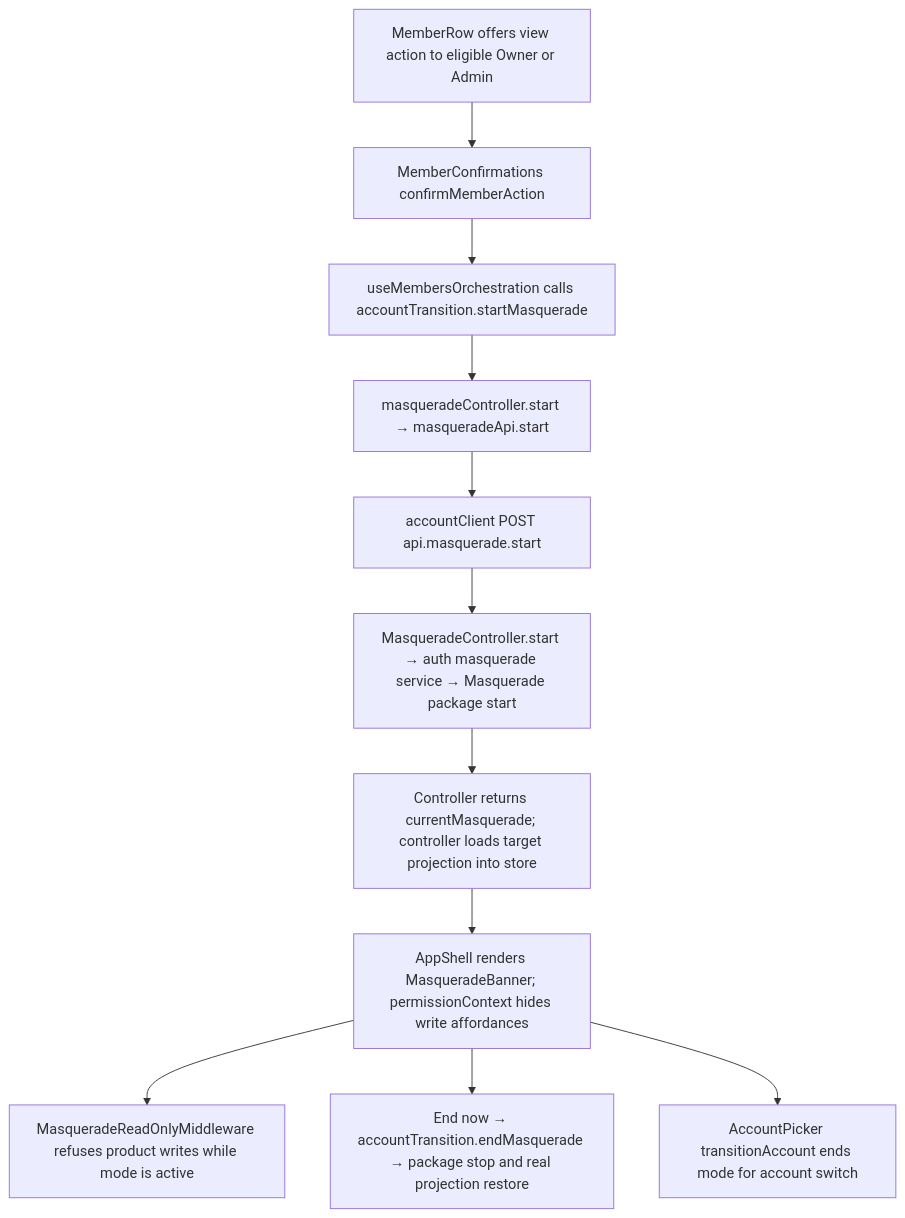
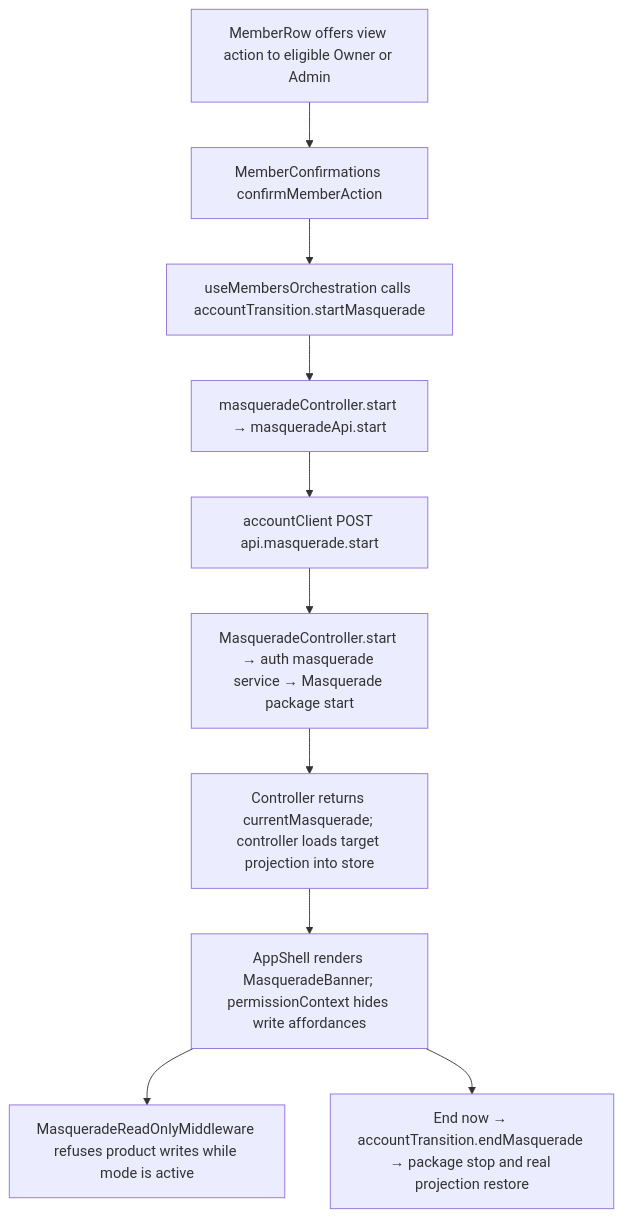
One commit to Kevinjohn/capacitylens changed the second of 2 diagrams in user-stories/team/US-TEAM-08-view-as-member.md. Above: the diagram before and after it, drawn with Mermaid. The commit also changed other lines of this file and 343 other files, not shown here.

````diff
--- a/user-stories/team/US-TEAM-08-view-as-member.md
+++ b/user-stories/team/US-TEAM-08-view-as-member.md
@@ -32,13 +32,12 @@
 ```mermaid
 flowchart TD
     Row["MemberRow offers view action to eligible Owner or Admin"] --> Confirm["MemberConfirmations confirmMemberAction"]
     Confirm --> Start["useMembersOrchestration calls accountTransition.startMasquerade"]
     Start --> Controller["masqueradeController.start → masqueradeApi.start"]
     Controller --> Request["accountClient POST api.masquerade.start"]
     Request --> Server["MasqueradeController.start → auth masquerade service → Masquerade package start"]
     Server --> Projection["Controller returns currentMasquerade; controller loads target projection into store"]
     Projection --> Banner["AppShell renders MasqueradeBanner; permissionContext hides write affordances"]
     Banner --> ReadOnly["MasqueradeReadOnlyMiddleware refuses product writes while mode is active"]
     Banner --> End["End now → accountTransition.endMasquerade → package stop and real projection restore"]
-    Banner --> Switch["AccountPicker transitionAccount ends mode for account switch"]
 ```
````
